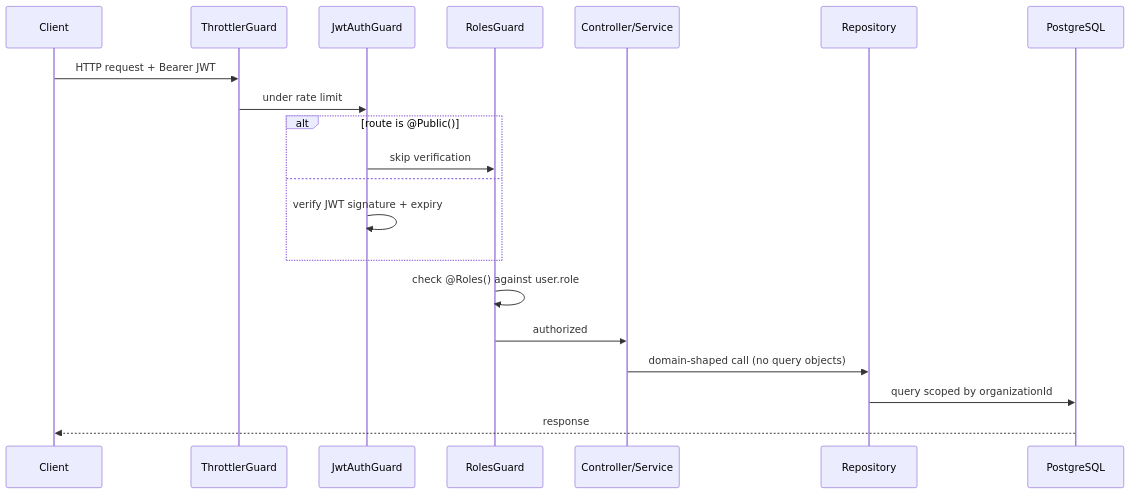
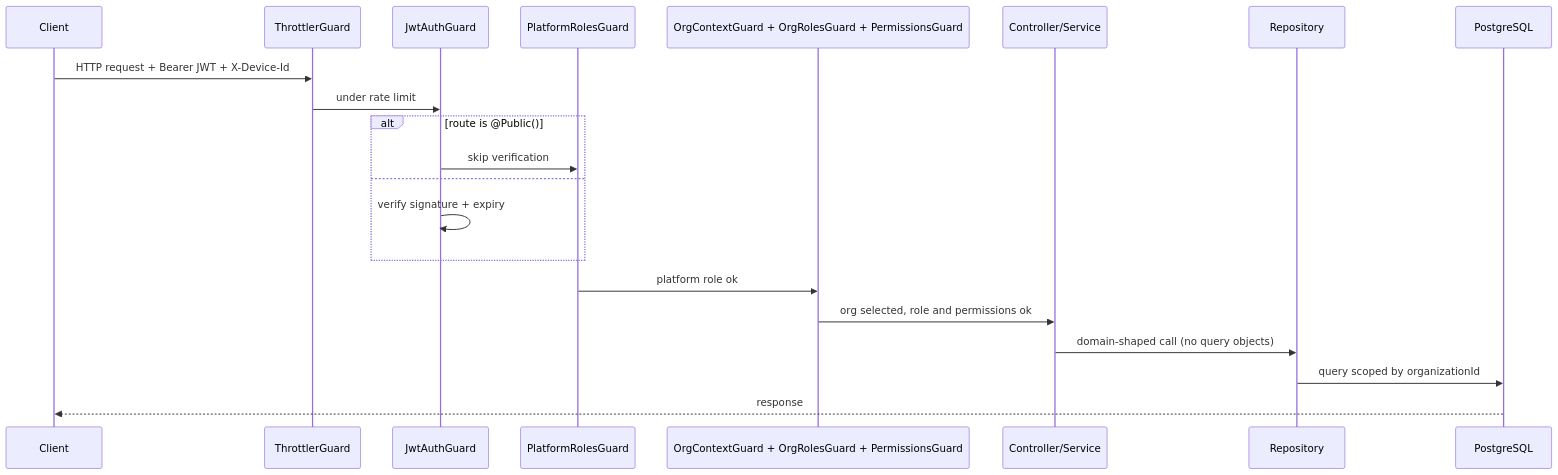
One commit to Shazzadul-Shakib/quorlyn-server changed the first of 3 diagrams in docs/ARCHITECTURE.md. Above: the diagram before and after it, drawn with Mermaid. The commit also changed other lines of this file and 162 other files, not shown here.

Commit message:
quiz and exam flow completed

````diff
--- a/docs/ARCHITECTURE.md
+++ b/docs/ARCHITECTURE.md
@@ -23,23 +29,24 @@
 ```mermaid
 sequenceDiagram
     participant C as Client
     participant T as ThrottlerGuard
     participant J as JwtAuthGuard
-    participant R as RolesGuard
+    participant P as PlatformRolesGuard
+    participant O as OrgContextGuard + OrgRolesGuard + PermissionsGuard
     participant S as Controller/Service
     participant Repo as Repository
     participant DB as PostgreSQL
 
-    C->>T: HTTP request + Bearer JWT
+    C->>T: HTTP request + Bearer JWT + X-Device-Id
     T->>J: under rate limit
     alt route is @Public()
-        J->>R: skip verification
+        J->>P: skip verification
     else
-        J->>J: verify JWT signature + expiry
+        J->>J: verify signature + expiry
     end
-    R->>R: check @Roles() against user.role
-    R->>S: authorized
+    P->>O: platform role ok
+    O->>S: org selected, role and permissions ok
     S->>Repo: domain-shaped call (no query objects)
     Repo->>DB: query scoped by organizationId
     DB-->>C: response
 ```
````
